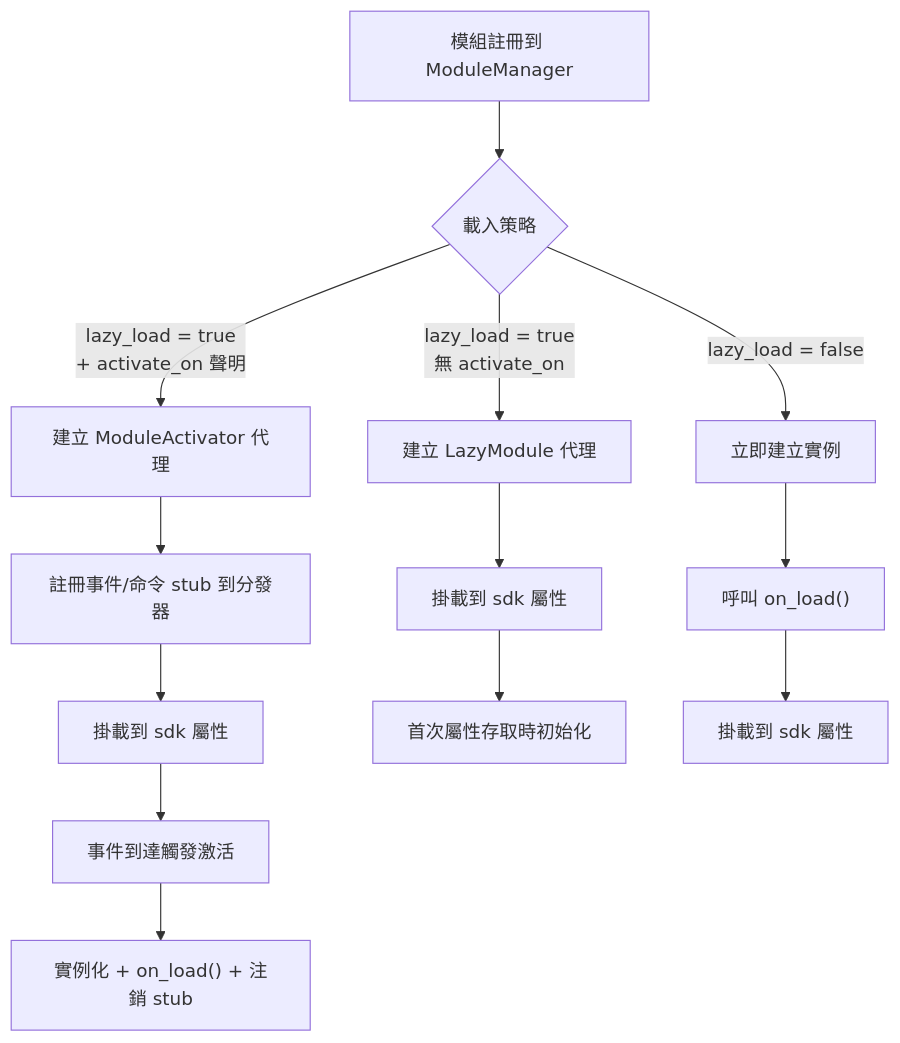
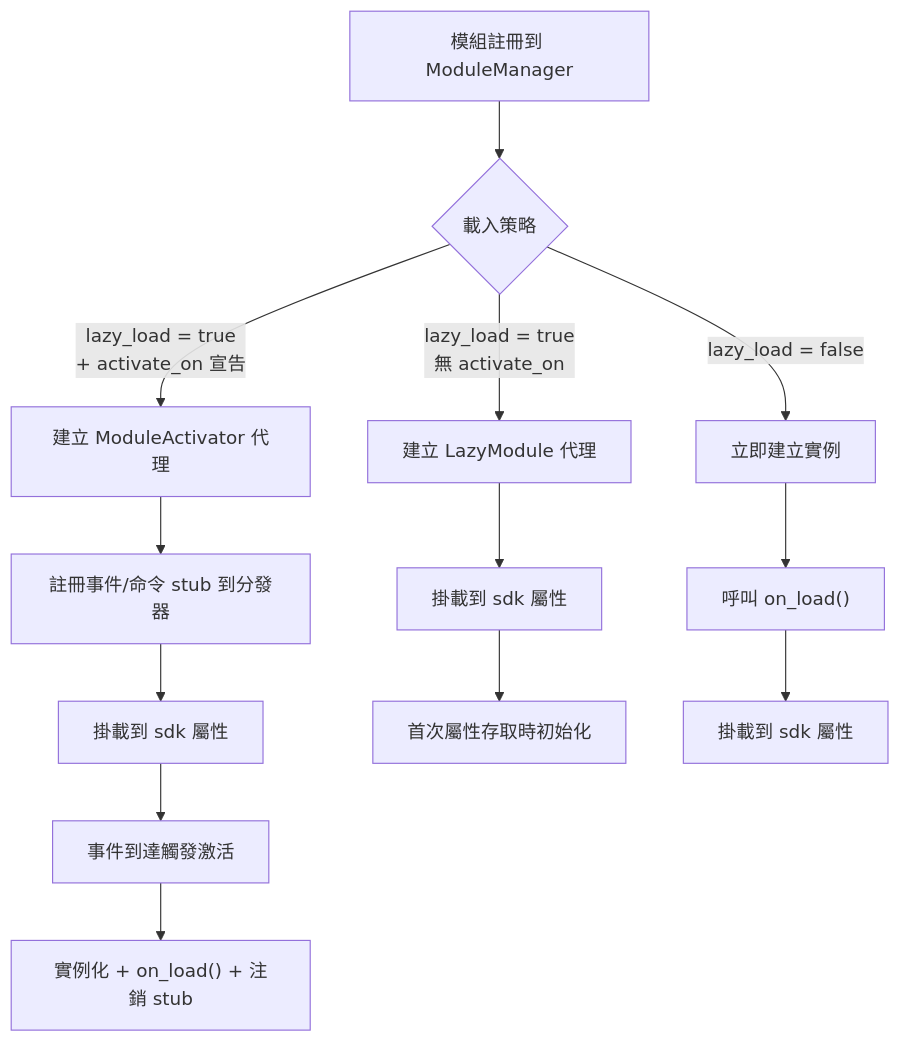
One commit to ErisPulse/ErisPulse changed the sixth of 9 diagrams in docs/zh-TW/architecture.md. Above: the diagram before and after it, drawn with Mermaid. The commit also changed other lines of this file and 299 other files, not shown here.

````diff
--- a/docs/zh-TW/architecture.md
+++ b/docs/zh-TW/architecture.md
@@ -198,15 +197,15 @@
 ```mermaid
 flowchart TD
     A["模組註冊到 ModuleManager"] --> B{"載入策略"}
-    B -->|"lazy_load = true<br/>+ activate_on 聲明"| C["建立 ModuleActivator 代理"]
+    B -->|"lazy_load = true<br/>+ activate_on 宣告"| C["建立 ModuleActivator 代理"]
     B -->|"lazy_load = true<br/>無 activate_on"| D["建立 LazyModule 代理"]
     B -->|"lazy_load = false"| E["立即建立實例"]
     C --> F["註冊事件/命令 stub 到分發器"]
     F --> G["掛載到 sdk 屬性"]
     G --> H["事件到達觸發激活"]
     H --> I["實例化 + on_load() + 注銷 stub"]
     D --> J["掛載到 sdk 屬性"]
     J --> K["首次屬性存取時初始化"]
     E --> L["呼叫 on_load()"]
     L --> M["掛載到 sdk 屬性"]
 ```
````
